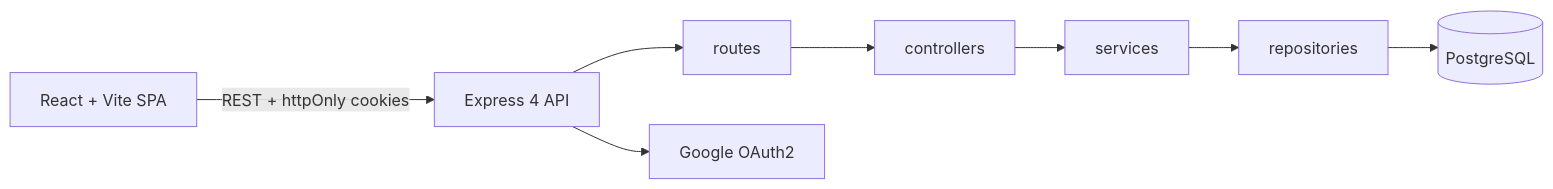
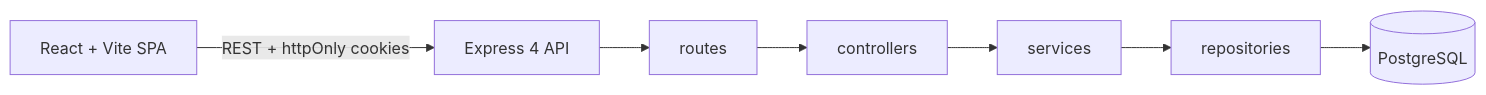
One commit to WillWootton03/Learning-Logs-Revamped changed the second of 2 diagrams in DESIGN.md. Above: the diagram before and after it, drawn with Mermaid. The commit also changed other lines of this file and 35 other files, not shown here.

Commit message:
fix : removed google oauth from project (did not want to pay). Added db RLS by creating new neon db_user. Added disposable email checker to prevent spam attacks using common disposable email domains

````diff
--- a/DESIGN.md
+++ b/DESIGN.md
@@ -71,10 +71,9 @@
 ```mermaid
 flowchart LR
   SPA["React + Vite SPA"] -->|"REST + httpOnly cookies"| API["Express 4 API"]
   API --> R["routes"]
   R --> C["controllers"]
   C --> S["services"]
   S --> P["repositories"]
   P --> DB[("PostgreSQL")]
-  API --> OAUTH["Google OAuth2"]
 ```
````
